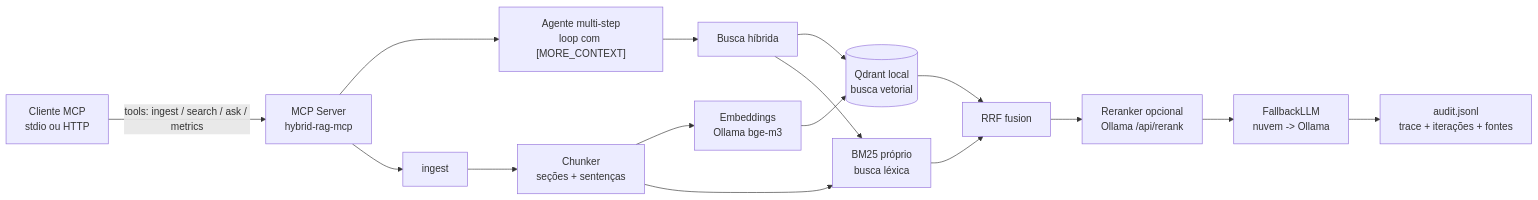
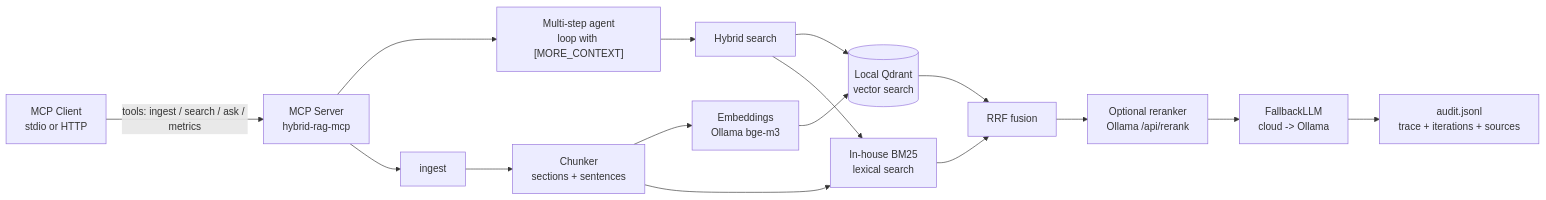
One commit to brenol404/hybrid-rag-mcp changed the diagram in README.md. Above: the diagram before and after it, drawn with Mermaid. The commit also changed other lines of this file and 1 other file, not shown here.

````diff
--- a/README.md
+++ b/README.md
@@ -45,16 +47,16 @@
 ```mermaid
 flowchart LR
-    C["Cliente MCP<br/>stdio ou HTTP"] -->|tools: ingest / search / ask / metrics| M["MCP Server<br/>hybrid-rag-mcp"]
-    M --> AGE["Agente multi-step<br/>loop com [MORE_CONTEXT]"]
+    C["MCP Client<br/>stdio or HTTP"] -->|tools: ingest / search / ask / metrics| M["MCP Server<br/>hybrid-rag-mcp"]
+    M --> AGE["Multi-step agent<br/>loop with [MORE_CONTEXT]"]
     M --> I["ingest"]
-    I --> C1["Chunker<br/>seções + sentenças"]
+    I --> C1["Chunker<br/>sections + sentences"]
     C1 --> E["Embeddings<br/>Ollama bge-m3"]
-    E --> Q1[("Qdrant local<br/>busca vetorial")]
-    C1 --> K["BM25 próprio<br/>busca léxica"]
-    AGE --> RET["Busca híbrida"]
+    E --> Q1[("Local Qdrant<br/>vector search")]
+    C1 --> K["In-house BM25<br/>lexical search"]
+    AGE --> RET["Hybrid search"]
     RET --> Q1 & K
     Q1 & K --> RRF["RRF fusion"]
-    RRF --> RR["Reranker opcional<br/>Ollama /api/rerank"]
-    RR --> LLM["FallbackLLM<br/>nuvem -> Ollama"]
-    LLM --> AUD["audit.jsonl<br/>trace + iterações + fontes"]
+    RRF --> RR["Optional reranker<br/>Ollama /api/rerank"]
+    RR --> LLM["FallbackLLM<br/>cloud -> Ollama"]
+    LLM --> AUD["audit.jsonl<br/>trace + iterations + sources"]
 ```
````
